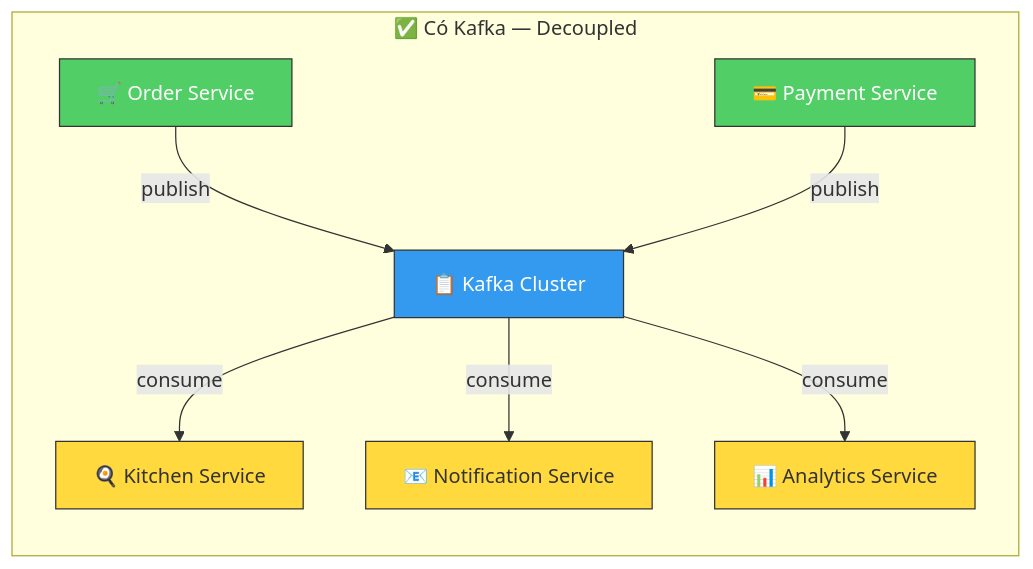
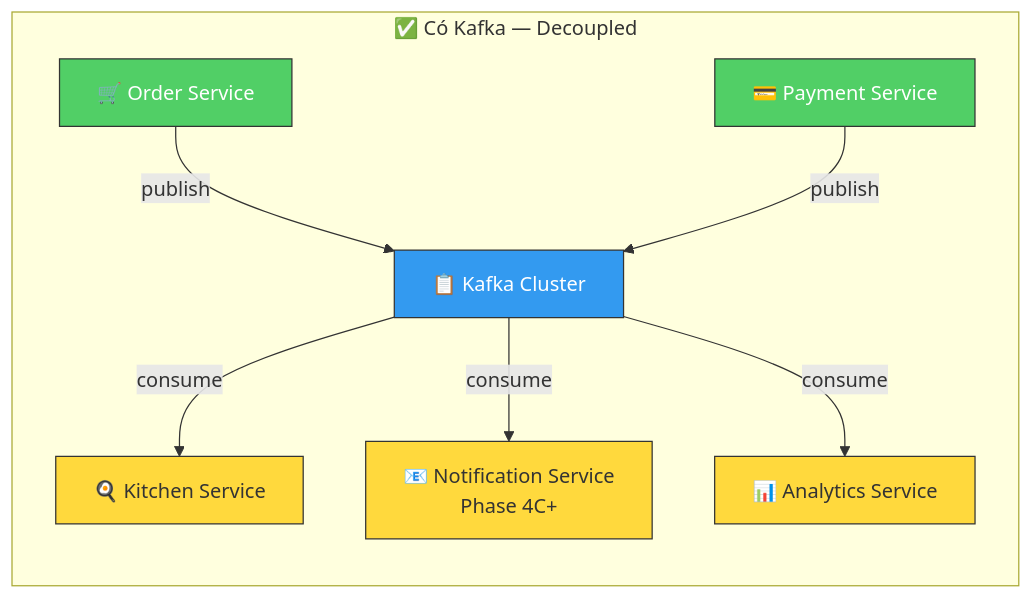
The second of 38 diagrams in docs/guides/kafka-qrtable.md (quan-vo-dinh/saas-pos-microservices-qrtable), drawn with Mermaid before and after one commit. The commit also changed other lines of this file and 10 other files, not shown here.

````diff
--- a/docs/guides/kafka-qrtable.md
+++ b/docs/guides/kafka-qrtable.md
@@ -78,24 +80,24 @@
 ```mermaid
 graph LR
     subgraph "✅ Có Kafka — Decoupled"
         OS2["🛒 Order Service"]
         PS2["💳 Payment Service"]
         K["📋 Kafka Cluster"]
         KS2["🍳 Kitchen Service"]
-        NS2["📧 Notification Service"]
+        NS2["📧 Notification Service<br/>Phase 4C+"]
         AS2["📊 Analytics Service"]
 
         OS2 -->|"publish"| K
         PS2 -->|"publish"| K
         K -->|"consume"| KS2
         K -->|"consume"| NS2
         K -->|"consume"| AS2
     end
 
     style OS2 fill:#51cf66,stroke:#333,color:#fff
     style PS2 fill:#51cf66,stroke:#333,color:#fff
     style K fill:#339af0,stroke:#333,color:#fff
     style KS2 fill:#ffd93d,stroke:#333,color:#333
     style NS2 fill:#ffd93d,stroke:#333,color:#333
     style AS2 fill:#ffd93d,stroke:#333,color:#333
 ```
````
